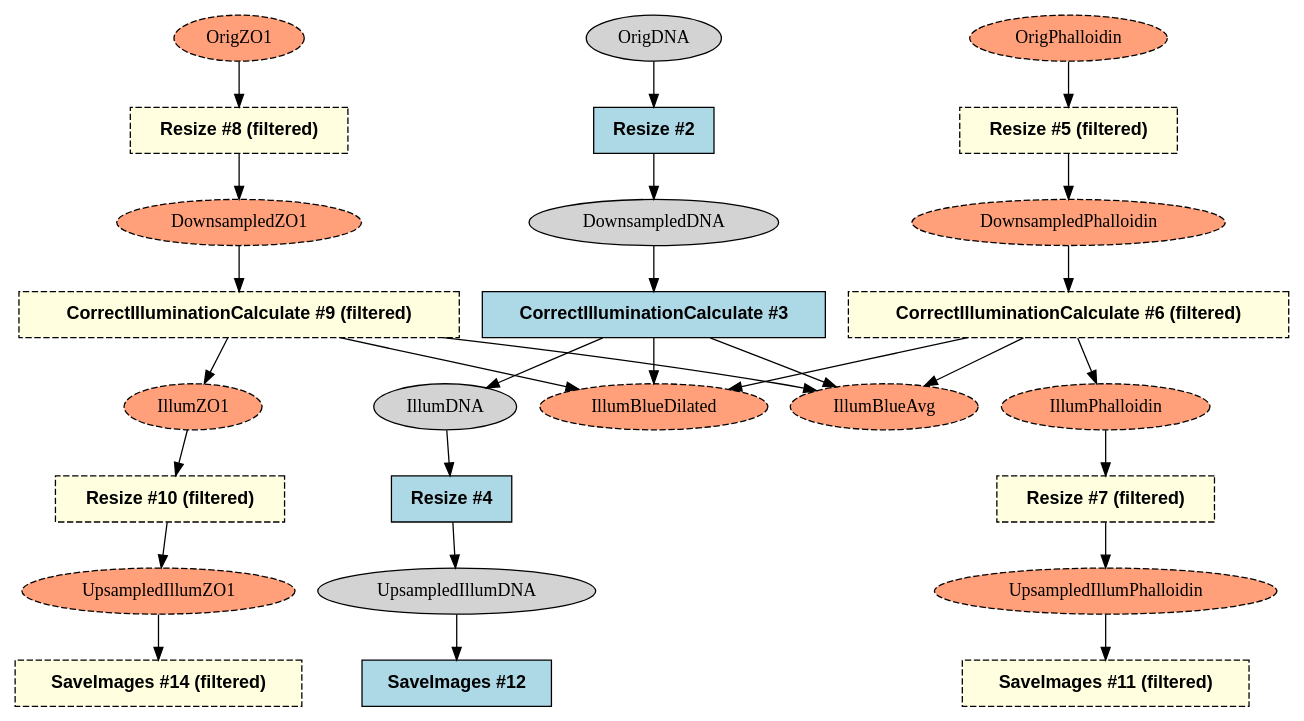
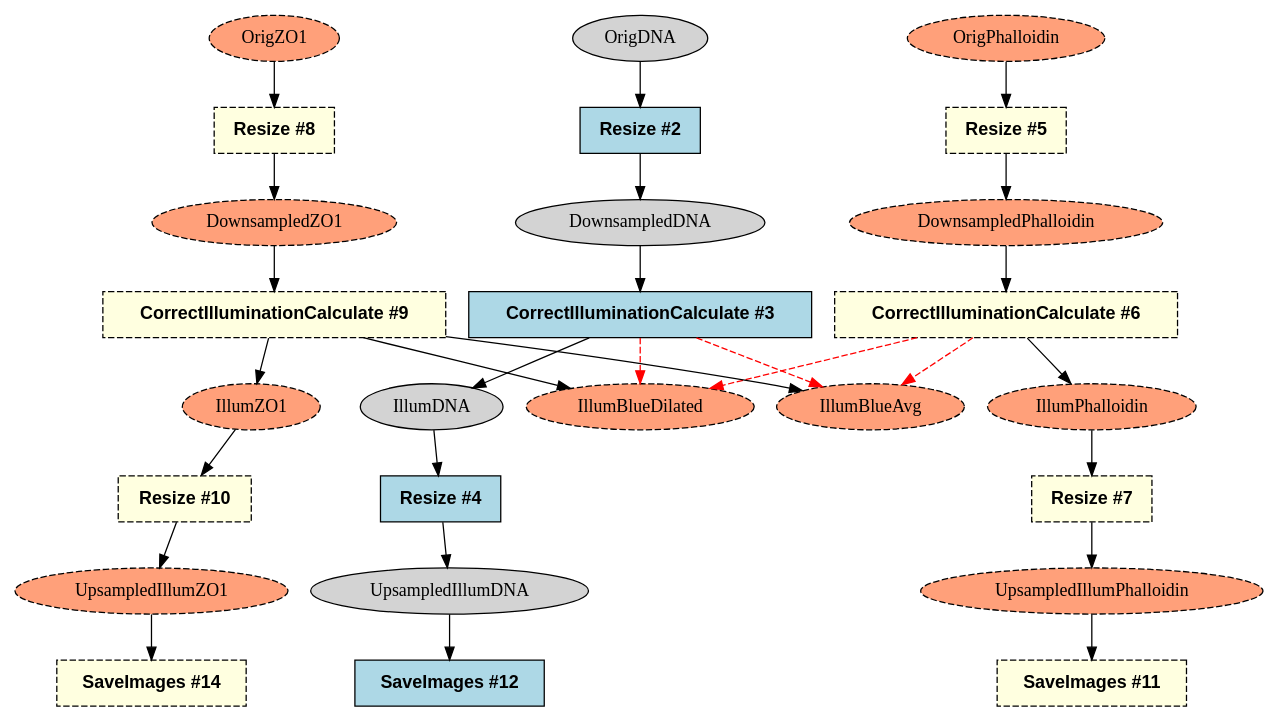
Before and after one commit to shntnu/cp_graph: the diagram in examples/output/illum_highlight.dot, drawn with Graphviz. The commit also changed 1 other file, not shown here.

Commit message:
Update illum highlighted

```diff
--- a/examples/output/illum_highlight.dot
+++ b/examples/output/illum_highlight.dot
@@ -1,55 +1,55 @@
 strict digraph {
-CorrectIlluminationCalculate_2ab137a7 [type=module, label="CorrectIlluminationCalculate #6 (filtered)", module_name=CorrectIlluminationCalculate, module_num=6, original_num=6, stable_id="CorrectIlluminationCalculate_2ab137a7", enabled=True, filtered=True, shape=box, style="filled,dashed", fontname="Helvetica-Bold", fillcolor=lightyellow];
-CorrectIlluminationCalculate_cd0871b [type=module, label="CorrectIlluminationCalculate #9 (filtered)", module_name=CorrectIlluminationCalculate, module_num=9, original_num=9, stable_id="CorrectIlluminationCalculate_cd0871b", enabled=True, filtered=True, shape=box, style="filled,dashed", fontname="Helvetica-Bold", fillcolor=lightyellow];
+CorrectIlluminationCalculate_2ab137a7 [type=module, label="CorrectIlluminationCalculate #6", module_name=CorrectIlluminationCalculate, module_num=6, original_num=6, stable_id="CorrectIlluminationCalculate_2ab137a7", enabled=True, filtered=True, shape=box, style="filled,dashed", fontname="Helvetica-Bold", fillcolor=lightyellow];
+CorrectIlluminationCalculate_cd0871b [type=module, label="CorrectIlluminationCalculate #9", module_name=CorrectIlluminationCalculate, module_num=9, original_num=9, stable_id="CorrectIlluminationCalculate_cd0871b", enabled=True, filtered=True, shape=box, style="filled,dashed", fontname="Helvetica-Bold", fillcolor=lightyellow];
 CorrectIlluminationCalculate_e3750f2a [type=module, label="CorrectIlluminationCalculate #3", module_name=CorrectIlluminationCalculate, module_num=3, original_num=3, stable_id="CorrectIlluminationCalculate_e3750f2a", enabled=True, shape=box, style=filled, fontname="Helvetica-Bold", fillcolor=lightblue];
 Resize_32606b38 [type=module, label="Resize #2", module_name=Resize, module_num=2, original_num=2, stable_id="Resize_32606b38", enabled=True, shape=box, style=filled, fontname="Helvetica-Bold", fillcolor=lightblue];
-Resize_6f9ec43f [type=module, label="Resize #10 (filtered)", module_name=Resize, module_num=10, original_num=10, stable_id="Resize_6f9ec43f", enabled=True, filtered=True, shape=box, style="filled,dashed", fontname="Helvetica-Bold", fillcolor=lightyellow];
-Resize_9779805 [type=module, label="Resize #5 (filtered)", module_name=Resize, module_num=5, original_num=5, stable_id="Resize_9779805", enabled=True, filtered=True, shape=box, style="filled,dashed", fontname="Helvetica-Bold", fillcolor=lightyellow];
+Resize_6f9ec43f [type=module, label="Resize #10", module_name=Resize, module_num=10, original_num=10, stable_id="Resize_6f9ec43f", enabled=True, filtered=True, shape=box, style="filled,dashed", fontname="Helvetica-Bold", fillcolor=lightyellow];
+Resize_9779805 [type=module, label="Resize #5", module_name=Resize, module_num=5, original_num=5, stable_id="Resize_9779805", enabled=True, filtered=True, shape=box, style="filled,dashed", fontname="Helvetica-Bold", fillcolor=lightyellow];
 Resize_a3b11500 [type=module, label="Resize #4", module_name=Resize, module_num=4, original_num=4, stable_id="Resize_a3b11500", enabled=True, shape=box, style=filled, fontname="Helvetica-Bold", fillcolor=lightblue];
-Resize_b00c8387 [type=module, label="Resize #8 (filtered)", module_name=Resize, module_num=8, original_num=8, stable_id="Resize_b00c8387", enabled=True, filtered=True, shape=box, style="filled,dashed", fontname="Helvetica-Bold", fillcolor=lightyellow];
-Resize_fd94763b [type=module, label="Resize #7 (filtered)", module_name=Resize, module_num=7, original_num=7, stable_id="Resize_fd94763b", enabled=True, filtered=True, shape=box, style="filled,dashed", fontname="Helvetica-Bold", fillcolor=lightyellow];
-SaveImages_392621f0 [type=module, label="SaveImages #11 (filtered)", module_name=SaveImages, module_num=11, original_num=11, stable_id="SaveImages_392621f0", enabled=True, filtered=True, shape=box, style="filled,dashed", fontname="Helvetica-Bold", fillcolor=lightyellow];
-SaveImages_46180921 [type=module, label="SaveImages #14 (filtered)", module_name=SaveImages, module_num=14, original_num=14, stable_id="SaveImages_46180921", enabled=True, filtered=True, shape=box, style="filled,dashed", fontname="Helvetica-Bold", fillcolor=lightyellow];
+Resize_b00c8387 [type=module, label="Resize #8", module_name=Resize, module_num=8, original_num=8, stable_id="Resize_b00c8387", enabled=True, filtered=True, shape=box, style="filled,dashed", fontname="Helvetica-Bold", fillcolor=lightyellow];
+Resize_fd94763b [type=module, label="Resize #7", module_name=Resize, module_num=7, original_num=7, stable_id="Resize_fd94763b", enabled=True, filtered=True, shape=box, style="filled,dashed", fontname="Helvetica-Bold", fillcolor=lightyellow];
+SaveImages_392621f0 [type=module, label="SaveImages #11", module_name=SaveImages, module_num=11, original_num=11, stable_id="SaveImages_392621f0", enabled=True, filtered=True, shape=box, style="filled,dashed", fontname="Helvetica-Bold", fillcolor=lightyellow];
+SaveImages_46180921 [type=module, label="SaveImages #14", module_name=SaveImages, module_num=14, original_num=14, stable_id="SaveImages_46180921", enabled=True, filtered=True, shape=box, style="filled,dashed", fontname="Helvetica-Bold", fillcolor=lightyellow];
 SaveImages_4cf7a938 [type=module, label="SaveImages #12", module_name=SaveImages, module_num=12, original_num=12, stable_id="SaveImages_4cf7a938", enabled=True, shape=box, style=filled, fontname="Helvetica-Bold", fillcolor=lightblue];
 image__DownsampledDNA [type=image, label=DownsampledDNA, shape=ellipse, style=filled, fillcolor=lightgray];
 image__DownsampledPhalloidin [type=image, label=DownsampledPhalloidin, filtered=True, shape=ellipse, style="filled,dashed", fillcolor=lightsalmon];
 image__DownsampledZO1 [type=image, label=DownsampledZO1, filtered=True, shape=ellipse, style="filled,dashed", fillcolor=lightsalmon];
 image__IllumBlueAvg [type=image, label=IllumBlueAvg, filtered=True, shape=ellipse, style="filled,dashed", fillcolor=lightsalmon];
 image__IllumBlueDilated [type=image, label=IllumBlueDilated, filtered=True, shape=ellipse, style="filled,dashed", fillcolor=lightsalmon];
 image__IllumDNA [type=image, label=IllumDNA, shape=ellipse, style=filled, fillcolor=lightgray];
 image__IllumPhalloidin [type=image, label=IllumPhalloidin, filtered=True, shape=ellipse, style="filled,dashed", fillcolor=lightsalmon];
 image__IllumZO1 [type=image, label=IllumZO1, filtered=True, shape=ellipse, style="filled,dashed", fillcolor=lightsalmon];
 image__OrigDNA [type=image, label=OrigDNA, shape=ellipse, style=filled, fillcolor=lightgray];
 image__OrigPhalloidin [type=image, label=OrigPhalloidin, filtered=True, shape=ellipse, style="filled,dashed", fillcolor=lightsalmon];
 image__OrigZO1 [type=image, label=OrigZO1, filtered=True, shape=ellipse, style="filled,dashed", fillcolor=lightsalmon];
 image__UpsampledIllumDNA [type=image, label=UpsampledIllumDNA, shape=ellipse, style=filled, fillcolor=lightgray];
 image__UpsampledIllumPhalloidin [type=image, label=UpsampledIllumPhalloidin, filtered=True, shape=ellipse, style="filled,dashed", fillcolor=lightsalmon];
 image__UpsampledIllumZO1 [type=image, label=UpsampledIllumZO1, filtered=True, shape=ellipse, style="filled,dashed", fillcolor=lightsalmon];
-CorrectIlluminationCalculate_2ab137a7 -> image__IllumBlueAvg [type="image_output"];
-CorrectIlluminationCalculate_2ab137a7 -> image__IllumBlueDilated [type="image_output"];
+CorrectIlluminationCalculate_2ab137a7 -> image__IllumBlueAvg [type="image_output", filtered=True, style=dashed, color=red];
+CorrectIlluminationCalculate_2ab137a7 -> image__IllumBlueDilated [type="image_output", filtered=True, style=dashed, color=red];
 CorrectIlluminationCalculate_2ab137a7 -> image__IllumPhalloidin [type="image_output"];
 CorrectIlluminationCalculate_cd0871b -> image__IllumBlueAvg [type="image_output"];
 CorrectIlluminationCalculate_cd0871b -> image__IllumBlueDilated [type="image_output"];
 CorrectIlluminationCalculate_cd0871b -> image__IllumZO1 [type="image_output"];
-CorrectIlluminationCalculate_e3750f2a -> image__IllumBlueAvg [type="image_output"];
-CorrectIlluminationCalculate_e3750f2a -> image__IllumBlueDilated [type="image_output"];
+CorrectIlluminationCalculate_e3750f2a -> image__IllumBlueAvg [type="image_output", filtered=True, style=dashed, color=red];
+CorrectIlluminationCalculate_e3750f2a -> image__IllumBlueDilated [type="image_output", filtered=True, style=dashed, color=red];
 CorrectIlluminationCalculate_e3750f2a -> image__IllumDNA [type="image_output"];
 Resize_32606b38 -> image__DownsampledDNA [type="image_output"];
 Resize_6f9ec43f -> image__UpsampledIllumZO1 [type="image_output"];
 Resize_9779805 -> image__DownsampledPhalloidin [type="image_output"];
 Resize_a3b11500 -> image__UpsampledIllumDNA [type="image_output"];
 Resize_b00c8387 -> image__DownsampledZO1 [type="image_output"];
 Resize_fd94763b -> image__UpsampledIllumPhalloidin [type="image_output"];
 image__DownsampledDNA -> CorrectIlluminationCalculate_e3750f2a [type="image_input"];
 image__DownsampledPhalloidin -> CorrectIlluminationCalculate_2ab137a7 [type="image_input"];
 image__DownsampledZO1 -> CorrectIlluminationCalculate_cd0871b [type="image_input"];
 image__IllumDNA -> Resize_a3b11500 [type="image_input"];
 image__IllumPhalloidin -> Resize_fd94763b [type="image_input"];
 image__IllumZO1 -> Resize_6f9ec43f [type="image_input"];
 image__OrigDNA -> Resize_32606b38 [type="image_input"];
 image__OrigPhalloidin -> Resize_9779805 [type="image_input"];
 image__OrigZO1 -> Resize_b00c8387 [type="image_input"];
 image__UpsampledIllumDNA -> SaveImages_4cf7a938 [type="image_input"];
 image__UpsampledIllumPhalloidin -> SaveImages_392621f0 [type="image_input"];
 image__UpsampledIllumZO1 -> SaveImages_46180921 [type="image_input"];
 }
```
